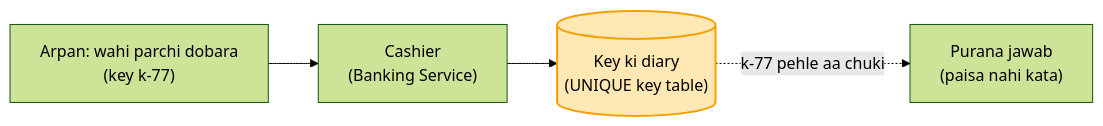
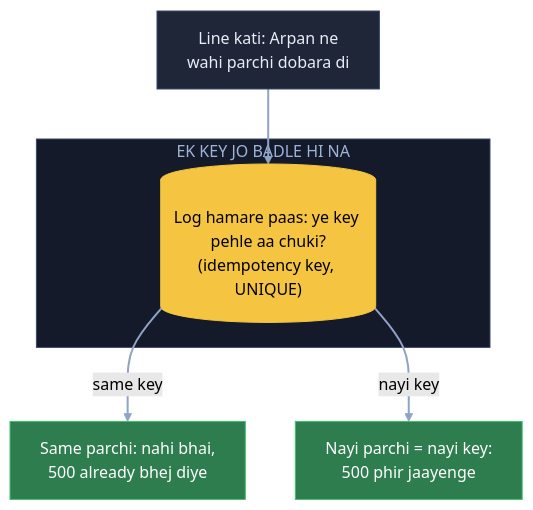
One commit to ArpanMaheshwari144/Prep changed the second of 20 diagrams in 04_HLD/SYSTEM_DESIGNS/13_banking_system/13_banking_system.md. Above: the diagram before and after it, drawn with Mermaid (forest theme). The commit also changed other lines of this file, not shown here.

Commit message:
Banking: 20 diagram hand notes ke shabdon se (branch, register, diary, laptop, photocopy, chhotu)

````diff
--- a/04_HLD/SYSTEM_DESIGNS/13_banking_system/13_banking_system.md
+++ b/04_HLD/SYSTEM_DESIGNS/13_banking_system/13_banking_system.md
@@ -61,7 +72,18 @@
 ```mermaid
-flowchart LR
-    A["Arpan: wahi parchi dobara<br/>(key k-77)"] --> C["Cashier<br/>(Banking Service)"]
-    C --> K[("Key ki diary<br/>(UNIQUE key table)")]
-    K -. "k-77 pehle aa chuki" .-> J["Purana jawab<br/>(paisa nahi kata)"]
-    style K fill:#ffe8b3,stroke:#f59f00,stroke-width:2px,color:#000
+flowchart TB
+    A["Line kati: Arpan ne<br/>wahi parchi dobara di"]:::card
+    subgraph KY["EK KEY JO BADLE HI NA"]
+        K[("Log hamare paas: ye key pehle aa chuki?<br/>(idempotency key, UNIQUE)")]:::pill
+    end
+    X["Same parchi: nahi bhai,<br/>500 already bhej diye"]:::good
+    N["Nayi parchi = nayi key:<br/>500 phir jaayenge"]:::good
+    A --> K
+    K -- "same key" --> X
+    K -- "nayi key" --> N
+    linkStyle default stroke:#8fa3c7,stroke-width:2px
+    classDef card fill:#1e2638,stroke:#3a4a6b,color:#e8ecf5
+    classDef pill fill:#f5c542,stroke:#f5c542,color:#000
+    classDef good fill:#2e7d4f,stroke:#3fbf6f,color:#fff
+    classDef bad fill:#5c1f24,stroke:#e05561,color:#fff
+    style KY fill:#141a29,stroke:#3a4a6b,color:#9fb3d9
 ```
````
